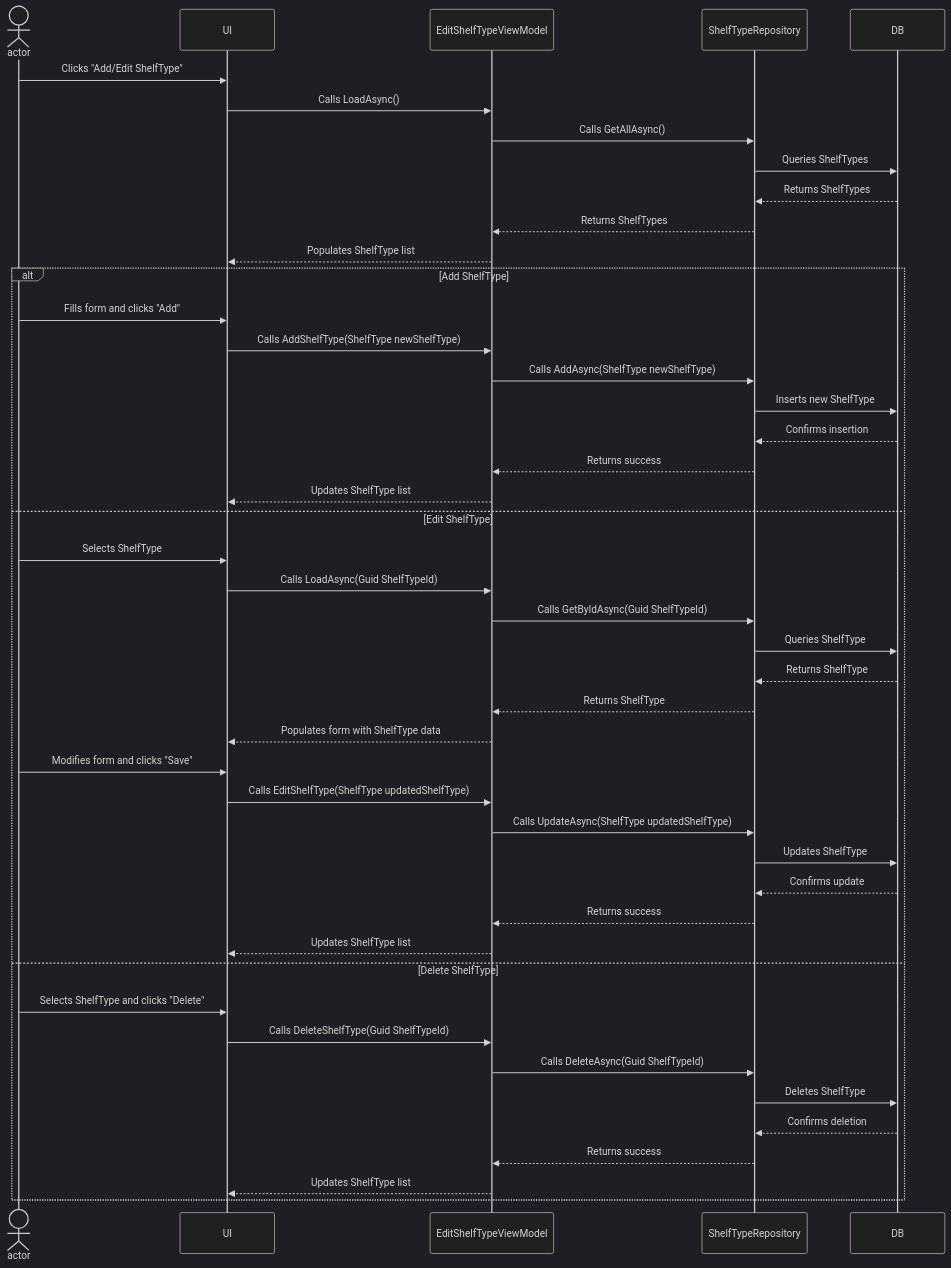
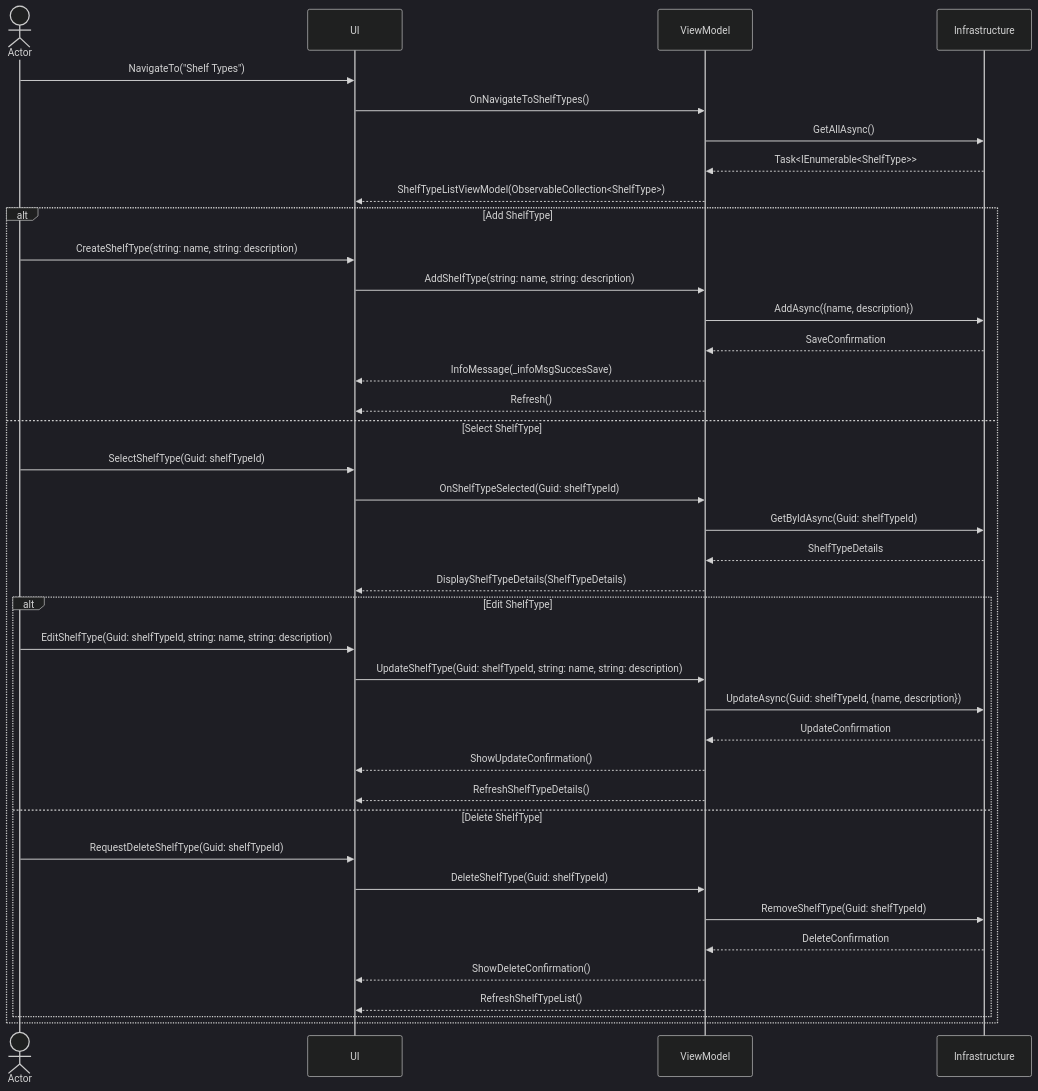
The diagram in docs/sprint-1/UseCase005-AdministrateShelfType/SD.mmd (DMOoF25-TEAM11/ShelfMarket), drawn with Mermaid (dark theme) before and after one commit. The commit also changed 1 other file, not shown here.

```diff
--- a/docs/sprint-1/UseCase005-AdministrateShelfType/SD.mmd
+++ b/docs/sprint-1/UseCase005-AdministrateShelfType/SD.mmd
@@ -1,47 +1,42 @@
 sequenceDiagram
-    actor Ejer as actor
+    actor Ejer as Actor
     participant UI
-    participant VM as EditShelfTypeViewModel
-    participant Repo as ShelfTypeRepository
-    participant DB
+    participant ViewModel
+    participant Infrastructure
 
-    Ejer->>UI: Clicks "Add/Edit ShelfType"
-    UI->>VM: Calls LoadAsync()
-    VM->>Repo: Calls GetAllAsync()
-    Repo->>DB: Queries ShelfTypes
-    DB-->>Repo: Returns ShelfTypes
-    Repo-->>VM: Returns ShelfTypes
-    VM-->>UI: Populates ShelfType list
+    Ejer->>UI: NavigateTo("Shelf Types")
+    UI->>ViewModel: OnNavigateToShelfTypes()
+    ViewModel->>Infrastructure: GetAllAsync()
+    Infrastructure-->>ViewModel: Task<IEnumerable<ShelfType>>
+    ViewModel-->>UI: ShelfTypeListViewModel(ObservableCollection<ShelfType>)
 
     alt Add ShelfType
-        Ejer->>UI: Fills form and clicks "Add"
-        UI->>VM: Calls AddShelfType(ShelfType newShelfType)
-        VM->>Repo: Calls AddAsync(ShelfType newShelfType)
-        Repo->>DB: Inserts new ShelfType
-        DB-->>Repo: Confirms insertion
-        Repo-->>VM: Returns success
-        VM-->>UI: Updates ShelfType list
-    else Edit ShelfType
-        Ejer->>UI: Selects ShelfType
-        UI->>VM: Calls LoadAsync(Guid ShelfTypeId)
-        VM->>Repo: Calls GetByIdAsync(Guid ShelfTypeId)
-        Repo->>DB: Queries ShelfType
-        DB-->>Repo: Returns ShelfType
-        Repo-->>VM: Returns ShelfType
-        VM-->>UI: Populates form with ShelfType data
-        Ejer->>UI: Modifies form and clicks "Save"
-        UI->>VM: Calls EditShelfType(ShelfType updatedShelfType)
-        VM->>Repo: Calls UpdateAsync(ShelfType updatedShelfType)
-        Repo->>DB: Updates ShelfType
-        DB-->>Repo: Confirms update
-        Repo-->>VM: Returns success
-        VM-->>UI: Updates ShelfType list
-    else Delete ShelfType
-        Ejer->>UI: Selects ShelfType and clicks "Delete"
-        UI->>VM: Calls DeleteShelfType(Guid ShelfTypeId)
-        VM->>Repo: Calls DeleteAsync(Guid ShelfTypeId)
-        Repo->>DB: Deletes ShelfType
-        DB-->>Repo: Confirms deletion
-        Repo-->>VM: Returns success
-        VM-->>UI: Updates ShelfType list
+        Ejer->>UI: CreateShelfType(string: name, string: description)
+        UI->>ViewModel: AddShelfType(string: name, string: description)
+        ViewModel->>Infrastructure: AddAsync({name, description})
+        Infrastructure-->>ViewModel: SaveConfirmation
+        ViewModel-->>UI: InfoMessage(_infoMsgSuccesSave)
+        ViewModel-->>UI: Refresh()
+    else Select ShelfType
+        Ejer->>UI: SelectShelfType(Guid: shelfTypeId)
+        UI->>ViewModel: OnShelfTypeSelected(Guid: shelfTypeId)
+        ViewModel->>Infrastructure: GetByIdAsync(Guid: shelfTypeId)
+        Infrastructure-->>ViewModel: ShelfTypeDetails
+        ViewModel-->>UI: DisplayShelfTypeDetails(ShelfTypeDetails)
+
+        alt Edit ShelfType
+            Ejer->>UI: EditShelfType(Guid: shelfTypeId, string: name, string: description)
+            UI->>ViewModel: UpdateShelfType(Guid: shelfTypeId, string: name, string: description)
+            ViewModel->>Infrastructure: UpdateAsync(Guid: shelfTypeId, {name, description})
+            Infrastructure-->>ViewModel: UpdateConfirmation
+            ViewModel-->>UI: ShowUpdateConfirmation()
+            ViewModel-->>UI: RefreshShelfTypeDetails()
+        else Delete ShelfType
+            Ejer->>UI: RequestDeleteShelfType(Guid: shelfTypeId)
+            UI->>ViewModel: DeleteShelfType(Guid: shelfTypeId)
+            ViewModel->>Infrastructure: RemoveShelfType(Guid: shelfTypeId)
+            Infrastructure-->>ViewModel: DeleteConfirmation
+            ViewModel-->>UI: ShowDeleteConfirmation()
+            ViewModel-->>UI: RefreshShelfTypeList()
+        end
     end
```
